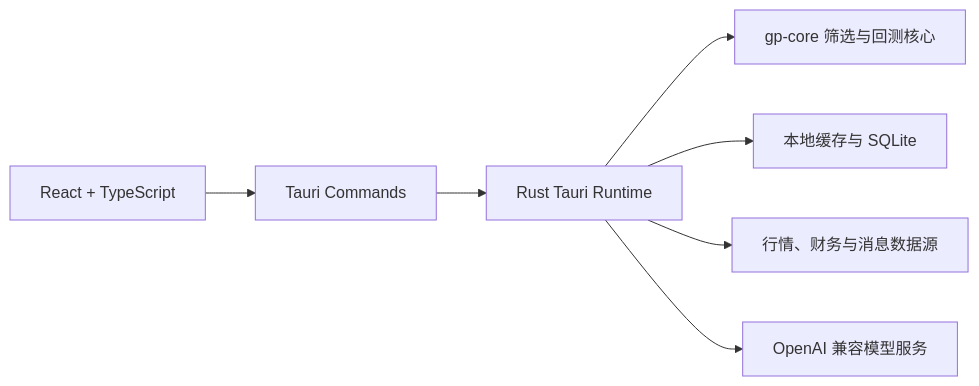
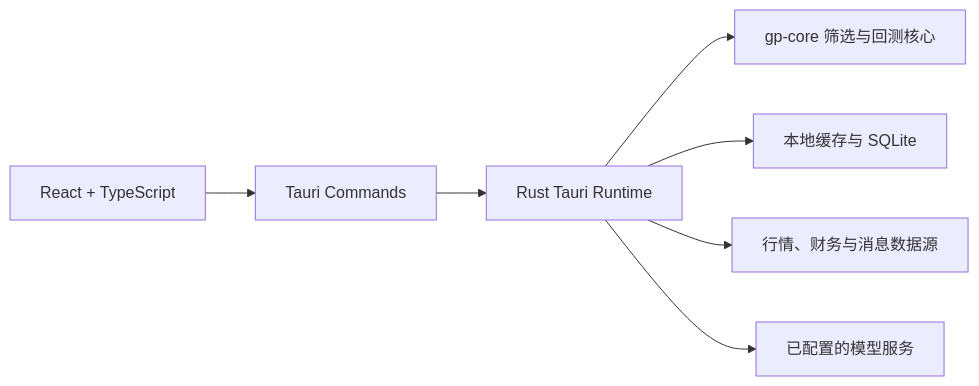
One commit to tutict/gp-assistant changed the diagram in README.md. Above: the diagram before and after it, drawn with Mermaid. The commit also changed other lines of this file, not shown here.

````diff
--- a/README.md
+++ b/README.md
@@ -131,9 +132,9 @@
 ```mermaid
 flowchart LR
     UI[React + TypeScript] --> IPC[Tauri Commands]
     IPC --> Runtime[Rust Tauri Runtime]
     Runtime --> Core[gp-core 筛选与回测核心]
     Runtime --> Cache[本地缓存与 SQLite]
     Runtime --> Data[行情、财务与消息数据源]
-    Runtime --> LLM[OpenAI 兼容模型服务]
+    Runtime --> LLM[已配置的模型服务]
 ```
````
